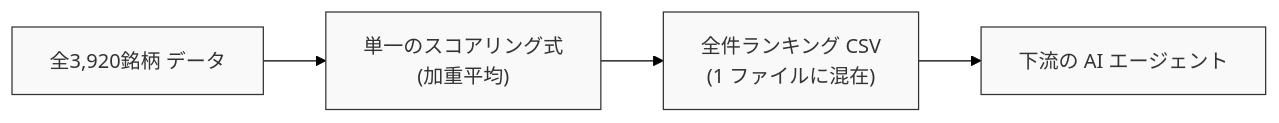
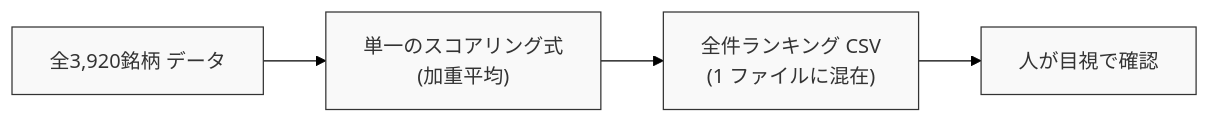
One commit to akkyey/stock-analyzer-core changed the first of 2 diagrams in docs/articles/qiita_part2_quant_gatekeeper.md. Above: the diagram before and after it, drawn with Mermaid (forest theme). The commit also changed other lines of this file and 12 other files, not shown here.

````diff
--- a/docs/articles/qiita_part2_quant_gatekeeper.md
+++ b/docs/articles/qiita_part2_quant_gatekeeper.md
@@ -49,10 +44,11 @@
 ```mermaid
 flowchart LR
     A["全3,920銘柄 データ"] --> B["単一のスコアリング式<br>(加重平均)"]
     B --> C["全件ランキング CSV<br>(1 ファイルに混在)"]
-    C --> D["下流の AI エージェント"]
+    D["人が目視で確認"]
+    C --> D
     style A fill:#f9f9f9,stroke:#333,stroke-width:1px,color:#333
     style B fill:#f9f9f9,stroke:#333,stroke-width:1px,color:#333
     style C fill:#f9f9f9,stroke:#333,stroke-width:1px,color:#333
     style D fill:#f9f9f9,stroke:#333,stroke-width:1px,color:#333
 ```
````
